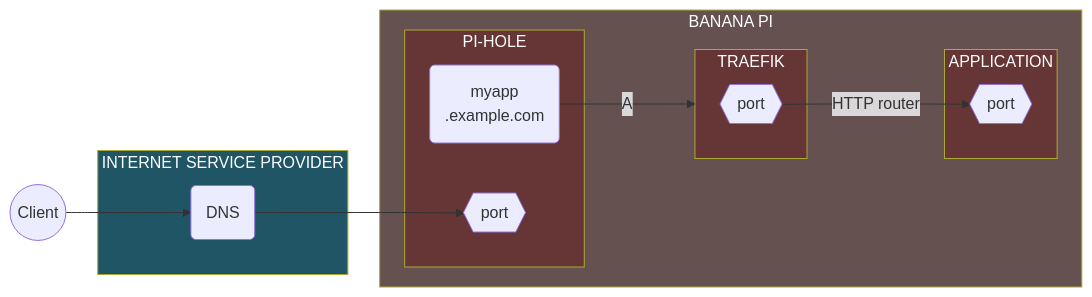
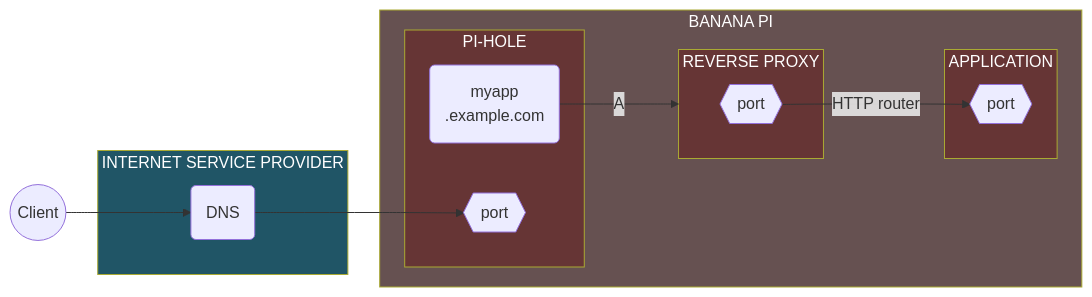
The fourth of 20 diagrams in README.md (Yann39/self-hosted), drawn with Mermaid before and after one commit. The commit also changed other lines of this file, not shown here.

````diff
--- a/README.md
+++ b/README.md
@@ -803,39 +803,39 @@
 ```mermaid
 flowchart LR
     style INTERNET_SERVICE_PROVIDER fill:#205566,color:#fff
     style TRAEFIK_CONTAINER fill:#663535,color:#fff
     style PI_HOLE fill:#663535,color:#fff
     style APPLICATION fill:#663535,color:#fff
     style SINGLE_BOARD_COMPUTER fill:#665151,color:#fff
     CLIENT((Client))
     ISP_DNS(DNS)
     PIHOLE_DNS_MYAPP(myapp<br/>.example.com)
     DOCKER_TRAEFIK_PORT{{port}}
     APPLICATION_PORT{{port}}
     PIHOLE_DNS{{port}}
 
     subgraph INTERNET_SERVICE_PROVIDER[INTERNET SERVICE PROVIDER]
         ISP_DNS
     end
 
     subgraph SINGLE_BOARD_COMPUTER[BANANA PI]
         subgraph PI_HOLE[PI-HOLE]
             PIHOLE_DNS
             PIHOLE_DNS_MYAPP
         end
 
-        subgraph TRAEFIK_CONTAINER[TRAEFIK]
+        subgraph TRAEFIK_CONTAINER[REVERSE PROXY]
             DOCKER_TRAEFIK_PORT
         end
 
         subgraph APPLICATION[APPLICATION]
             APPLICATION_PORT
         end
 
     end
 
     CLIENT ---> ISP_DNS
     ISP_DNS ---> PIHOLE_DNS
     PIHOLE_DNS_MYAPP --->|A| TRAEFIK_CONTAINER
     DOCKER_TRAEFIK_PORT -->|HTTP router| APPLICATION_PORT
 ```
````
